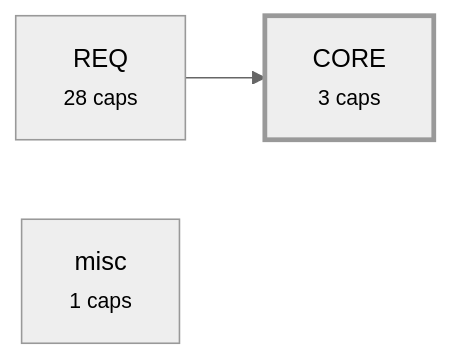
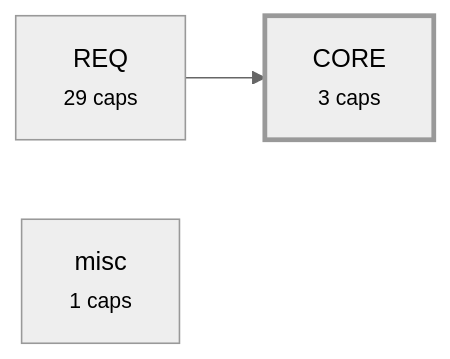
One commit to alxmax/Requirement-manager changed the third of 4 diagrams in plugin/requirements/_map.md. Above: the diagram before and after it, drawn with Mermaid (neutral theme). The commit also changed other lines of this file and 7 other files, not shown here.

````diff
--- a/plugin/requirements/_map.md
+++ b/plugin/requirements/_map.md
@@ -248,8 +255,8 @@
 ```mermaid
 graph LR
   a_CORE["CORE<br><small>3 caps</small>"]
-  a_REQ["REQ<br><small>28 caps</small>"]
+  a_REQ["REQ<br><small>29 caps</small>"]
   a_misc["misc<br><small>1 caps</small>"]
   a_REQ --> a_CORE
   style a_CORE stroke-width:3px
 ```
````
